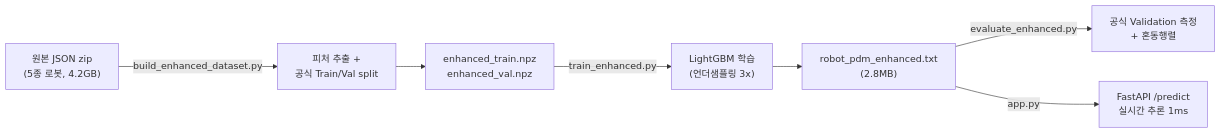
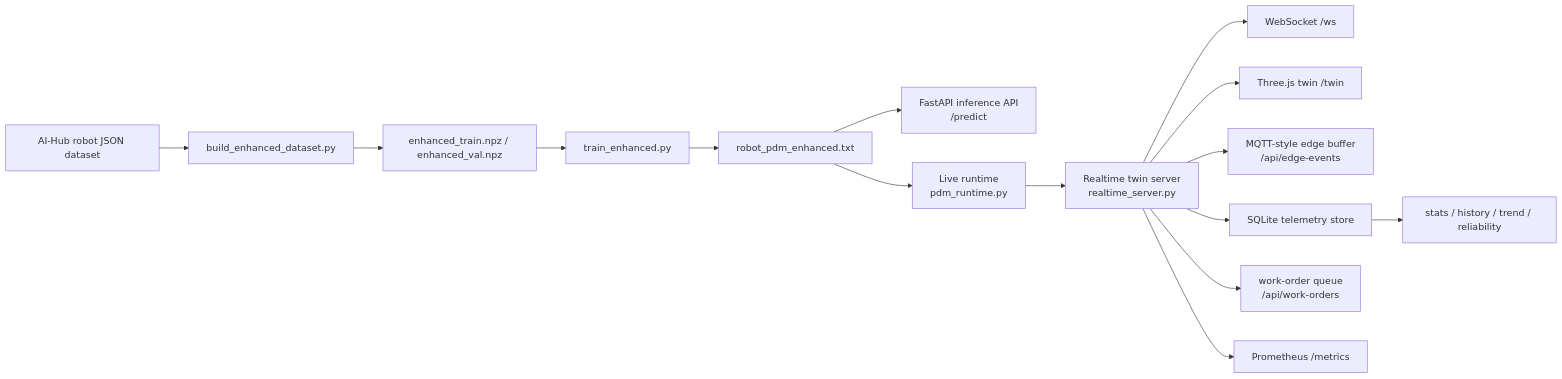
One commit to JuHyeon-Nam/ServiceRobot_AI changed the diagram in README.md. Above: the diagram before and after it, drawn with Mermaid. The commit also changed other lines of this file and 1 other file, not shown here.

````diff
--- a/README.md
+++ b/README.md
@@ -84,9 +31,17 @@
 ```mermaid
 flowchart LR
-    A["원본 JSON zip<br/>(5종 로봇, 4.2GB)"] -->|build_enhanced_dataset.py| B["피처 추출 +<br/>공식 Train/Val split"]
-    B --> C["enhanced_train.npz<br/>enhanced_val.npz"]
-    C -->|train_enhanced.py| D["LightGBM 학습<br/>(언더샘플링 3x)"]
-    D --> E["robot_pdm_enhanced.txt<br/>(2.8MB)"]
-    E -->|evaluate_enhanced.py| F["공식 Validation 측정<br/>+ 혼동행렬"]
-    E -->|app.py| G["FastAPI /predict<br/>실시간 추론 1ms"]
+    raw["AI-Hub robot JSON dataset"] --> build["build_enhanced_dataset.py"]
+    build --> trainset["enhanced_train.npz / enhanced_val.npz"]
+    trainset --> train["train_enhanced.py"]
+    train --> model["robot_pdm_enhanced.txt"]
+    model --> api["FastAPI inference API<br/>/predict"]
+    model --> runtime["Live runtime<br/>pdm_runtime.py"]
+    runtime --> twin["Realtime twin server<br/>realtime_server.py"]
+    twin --> ws["WebSocket /ws"]
+    twin --> ui["Three.js twin /twin"]
+    twin --> edge["MQTT-style edge buffer<br/>/api/edge-events"]
+    twin --> store["SQLite telemetry store"]
+    store --> ops["stats / history / trend / reliability"]
+    twin --> work["work-order queue<br/>/api/work-orders"]
+    twin --> metrics["Prometheus /metrics"]
 ```
````
